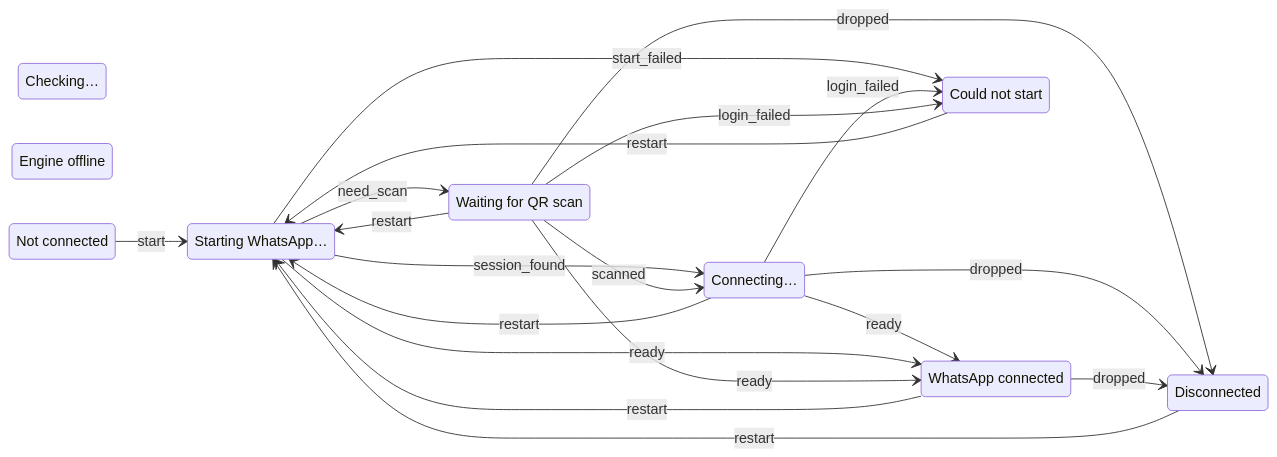
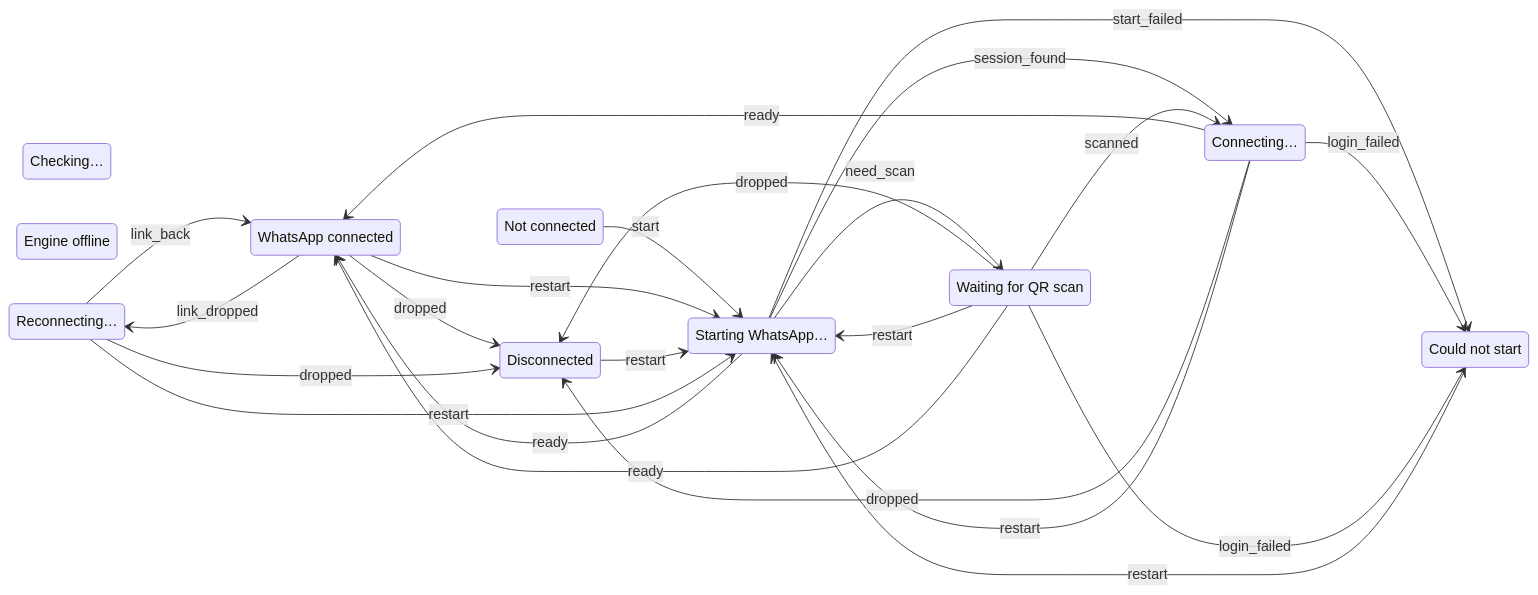
The fourth of 9 diagrams in docs/STATE-MACHINES.md (Future005/wa-box), drawn with Mermaid before and after one commit. The commit also changed other lines of this file and 19 other files, not shown here.

````diff
--- a/docs/STATE-MACHINES.md
+++ b/docs/STATE-MACHINES.md
@@ -183,31 +183,36 @@
 ```mermaid
 stateDiagram-v2
   direction LR
   unknown : Checking…
   unreachable : Engine offline
+  reconnecting : Reconnecting…
   created : Not connected
   initializing : Starting WhatsApp…
   qr_ready : Waiting for QR scan
   authenticating : Connecting…
   ready : WhatsApp connected
   disconnected : Disconnected
   failed : Could not start
   created --> initializing : start
   initializing --> qr_ready : need_scan
   initializing --> authenticating : session_found
   initializing --> failed : start_failed
   qr_ready --> authenticating : scanned
   authenticating --> ready : ready
   authenticating --> failed : login_failed
   qr_ready --> disconnected : dropped
   authenticating --> disconnected : dropped
   ready --> disconnected : dropped
   qr_ready --> initializing : restart
   authenticating --> initializing : restart
   ready --> initializing : restart
   disconnected --> initializing : restart
   failed --> initializing : restart
   initializing --> ready : ready
   qr_ready --> failed : login_failed
   qr_ready --> ready : ready
+  ready --> reconnecting : link_dropped
+  reconnecting --> ready : link_back
+  reconnecting --> disconnected : dropped
+  reconnecting --> initializing : restart
 ```
````
